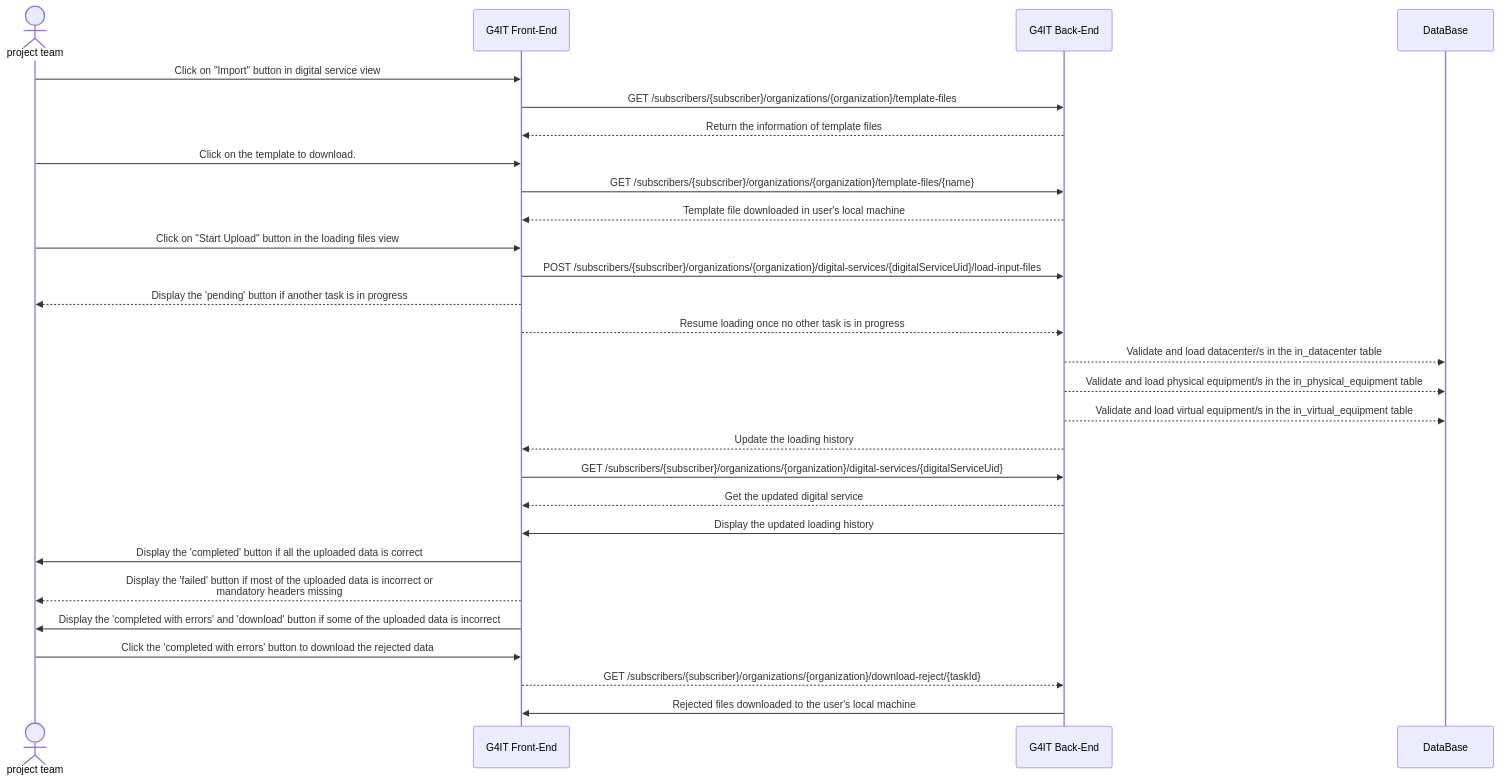
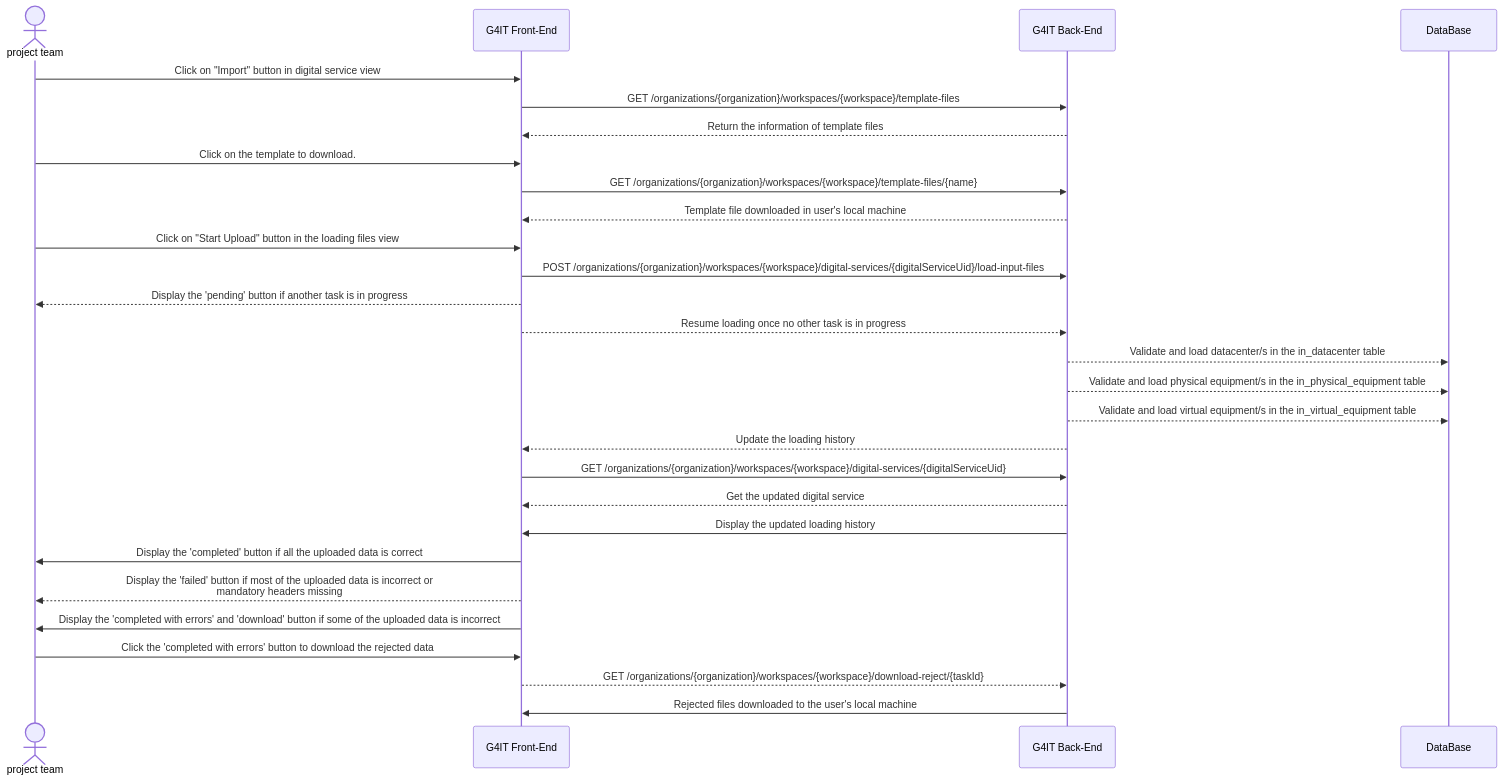
Before and after one commit to teamg4it/g4it: the diagram in services/documentation/content/2-functional-documentation/use_cases/uc_digital_services/uc3_add_visualize_equipments/uc3_add_visualize_noncloud-servers/import_nonCloud_servers_via_button.md, drawn with Mermaid. The commit also changed 92 other files, not shown here.

```diff
--- a/services/documentation/content/2-functional-documentation/use_cases/uc_digital_services/uc3_add_visualize_equipments/uc3_add_visualize_noncloud-servers/import_nonCloud_servers_via_button.md
+++ b/services/documentation/content/2-functional-documentation/use_cases/uc_digital_services/uc3_add_visualize_equipments/uc3_add_visualize_noncloud-servers/import_nonCloud_servers_via_button.md
@@ -106,32 +106,32 @@
 {{< mermaid >}}
 sequenceDiagram
 actor RND as project team
 participant front as G4IT Front-End
 participant back as G4IT Back-End
 participant DataBase
 
 RND ->> front: Click on "Import" button in digital service view
-front ->> back: GET /subscribers/{subscriber}/organizations/{organization}/template-files
+front ->> back: GET /organizations/{organization}/workspaces/{workspace}/template-files
 back -->> front: Return the information of template files
 RND ->> front: Click on the template to download.
-front ->> back: GET /subscribers/{subscriber}/organizations/{organization}/template-files/{name}
+front ->> back: GET /organizations/{organization}/workspaces/{workspace}/template-files/{name}
 back -->> front: Template file downloaded in user's local machine
 RND ->> front: Click on "Start Upload" button in the loading files view
-front ->> back: POST /subscribers/{subscriber}/organizations/{organization}/digital-services/{digitalServiceUid}/load-input-files
+front ->> back: POST /organizations/{organization}/workspaces/{workspace}/digital-services/{digitalServiceUid}/load-input-files
 front -->> RND : Display the 'pending' button if another task is in progress
 front -->> back: Resume loading once no other task is in progress
 back -->> DataBase: Validate and load datacenter/s in the in_datacenter table
 back -->> DataBase: Validate and load physical equipment/s in the in_physical_equipment table
 back -->> DataBase: Validate and load virtual equipment/s in the in_virtual_equipment table
 back -->> front: Update the loading history
-front ->> back: GET /subscribers/{subscriber}/organizations/{organization}/digital-services/{digitalServiceUid}
+front ->> back: GET /organizations/{organization}/workspaces/{workspace}/digital-services/{digitalServiceUid}
 back-->> front: Get the updated digital service
 back ->> front: Display the updated loading history
 front ->> RND : Display the 'completed' button if all the uploaded data is correct
 front -->> RND : Display the 'failed' button if most of the uploaded data is incorrect or <br> mandatory headers missing
 front ->> RND : Display the 'completed with errors' and 'download' button if some of the uploaded data is incorrect
 RND ->> front : Click the 'completed with errors' button to download the rejected data
-front -->> back: GET /subscribers/{subscriber}/organizations/{organization}/download-reject/{taskId}
+front -->> back: GET /organizations/{organization}/workspaces/{workspace}/download-reject/{taskId}
 back ->> front : Rejected files downloaded to the user's local machine
 
 {{< /mermaid >}}
```
